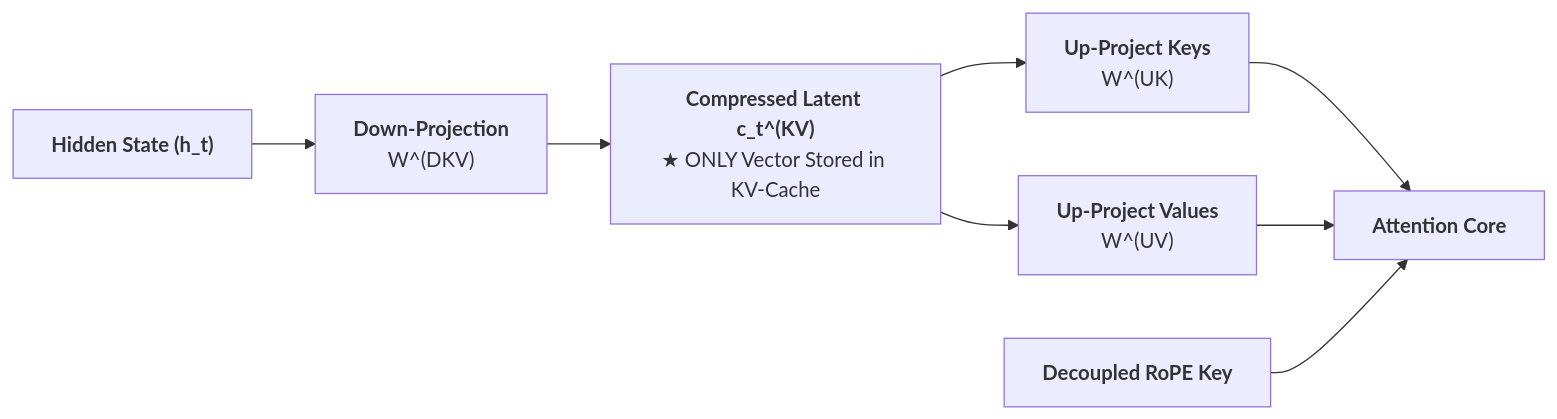
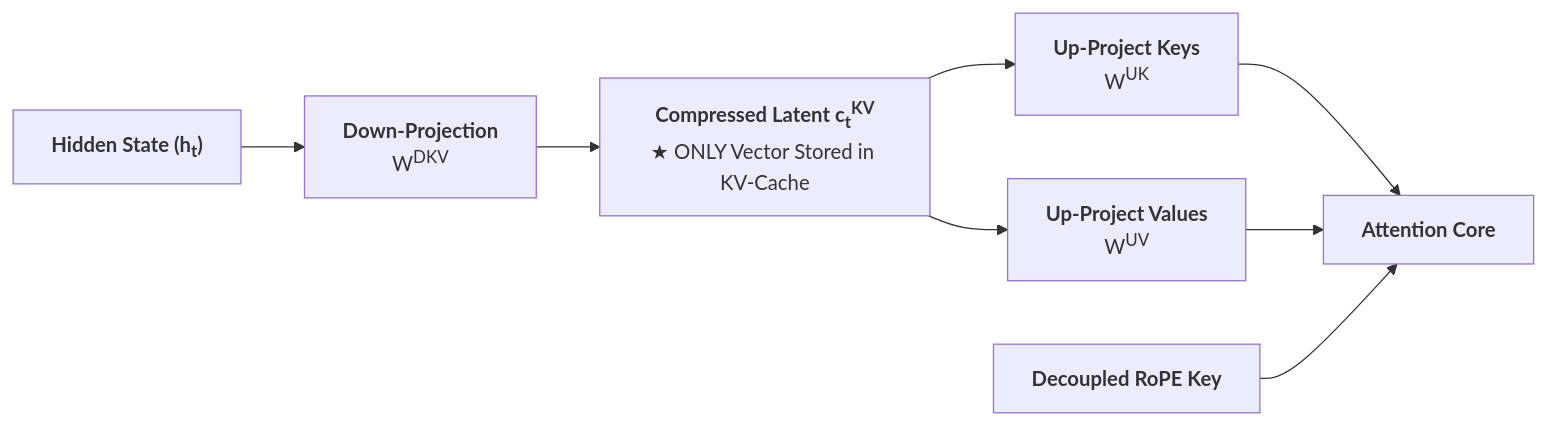
Before and after one commit to shotsan/llmnerd: the fourth of 4 diagrams in content/foundations/model_architecture.md, drawn with Mermaid. The commit also changed other lines of this file and 12 other files, not shown here.

````diff
--- a/content/foundations/model_architecture.md
+++ b/content/foundations/model_architecture.md
@@ -162,10 +155,10 @@
 ```mermaid
 flowchart LR
-    H["<b>Hidden State (h_t)</b>"] --> Down["<b>Down-Projection</b><br/>W^(DKV)"]
-    Down --> Latent["<b>Compressed Latent c_t^(KV)</b><br/>★ ONLY Vector Stored in KV-Cache"]
-    Latent --> UpK["<b>Up-Project Keys</b><br/>W^(UK)"]
-    Latent --> UpV["<b>Up-Project Values</b><br/>W^(UV)"]
+    H["<b>Hidden State (h<sub>t</sub>)</b>"] --> Down["<b>Down-Projection</b><br/>W<sup>DKV</sup>"]
+    Down --> Latent["<b>Compressed Latent c<sub>t</sub><sup>KV</sup></b><br/>★ ONLY Vector Stored in KV-Cache"]
+    Latent --> UpK["<b>Up-Project Keys</b><br/>W<sup>UK</sup>"]
+    Latent --> UpV["<b>Up-Project Values</b><br/>W<sup>UV</sup>"]
     UpK --> Attn["<b>Attention Core</b>"]
     UpV --> Attn
     RoPE["<b>Decoupled RoPE Key</b>"] --> Attn
 ```
````
